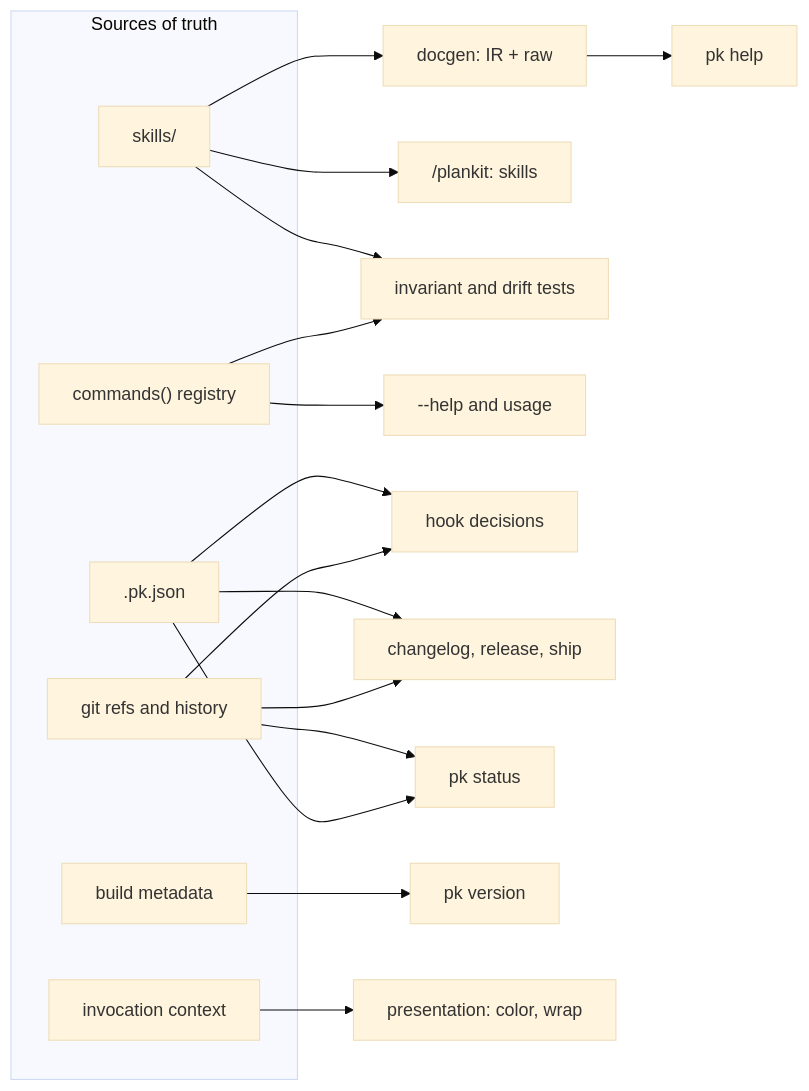
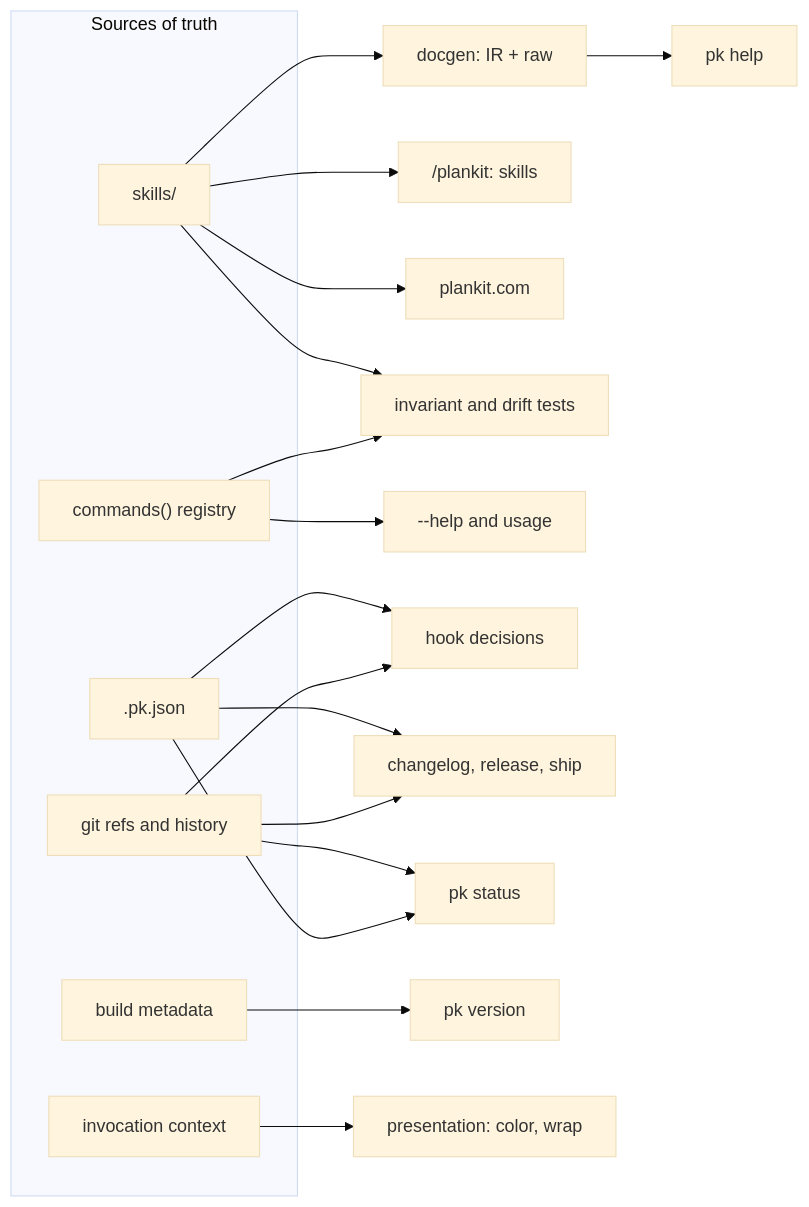
Before and after one commit to markwharton/plankit: the diagram in docs/design.md, drawn with Mermaid (base theme). The commit also changed other lines of this file and 16 other files, not shown here.

Commit message:
feat: plankit.com generated from the repository; the marketplace pin published with the release, never committed

````diff
--- a/docs/design.md
+++ b/docs/design.md
@@ -100,24 +100,25 @@
 ```mermaid
 flowchart LR
   subgraph sources["Sources of truth"]
     G["git refs and history"]
     C[".pk.json"]
     S["skills/"]
     R["commands() registry"]
     B["build metadata"]
     I["invocation context"]
   end
   S --> D["docgen: IR + raw"] --> H["pk help"]
   S --> P["/plankit: skills"]
+  S --> W["plankit.com"]
   S --> T["invariant and drift tests"]
   R --> U["--help and usage"]
   R --> T
   C --> K["hook decisions"]
   C --> L["changelog, release, ship"]
   G --> K
   G --> L
   G --> ST["pk status"]
   C --> ST
   B --> V["pk version"]
   I --> PR["presentation: color, wrap"]
 ```
````
